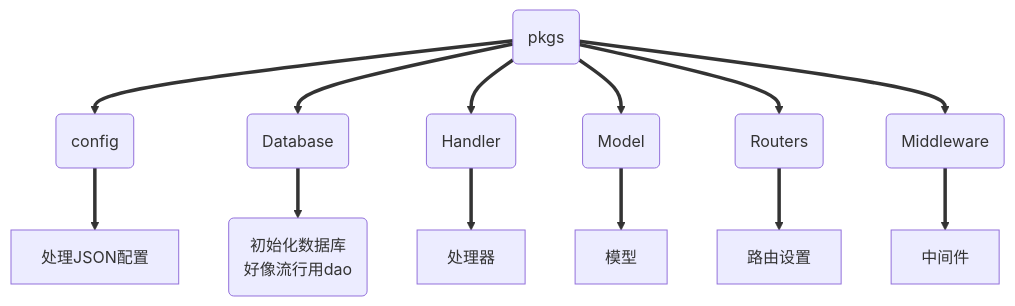
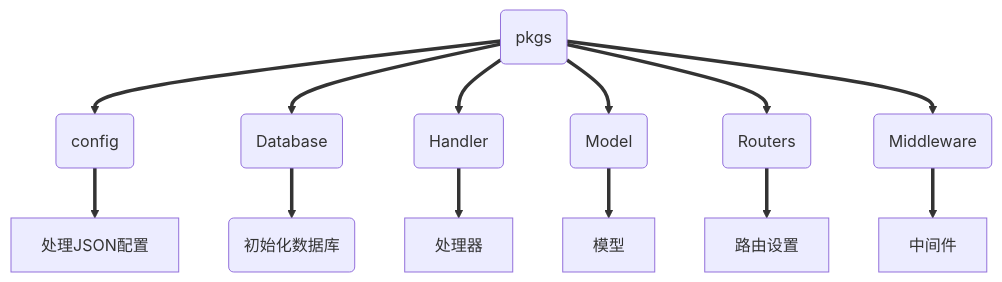
One commit to kip234/MessageBoard changed the first of 2 diagrams in readme.md. Above: the diagram before and after it, drawn with Mermaid. The commit also changed other lines of this file, not shown here.

````diff
--- a/readme.md
+++ b/readme.md
@@ -77,10 +61,10 @@
 ```mermaid
 graph TD
 all(pkgs)
 all==>pkg1(config)==>处理JSON配置
-all==>pkg2(Database)==>1(初始化数据库<br>好像流行用dao)
+all==>pkg2(Database)==>1(初始化数据库)
 all==>pkg3(Handler)==>处理器
 all==>pkg4(Model)==>模型
 all==>pkg5(Routers)==>路由设置
 all==>pkg6(Middleware)==>中间件
 ```
````
